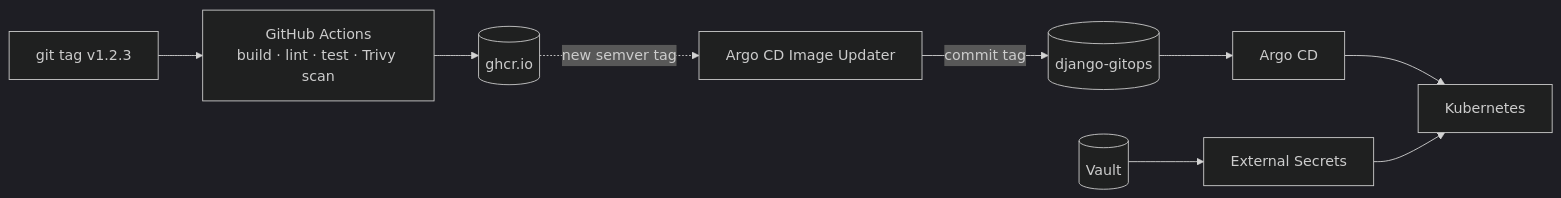
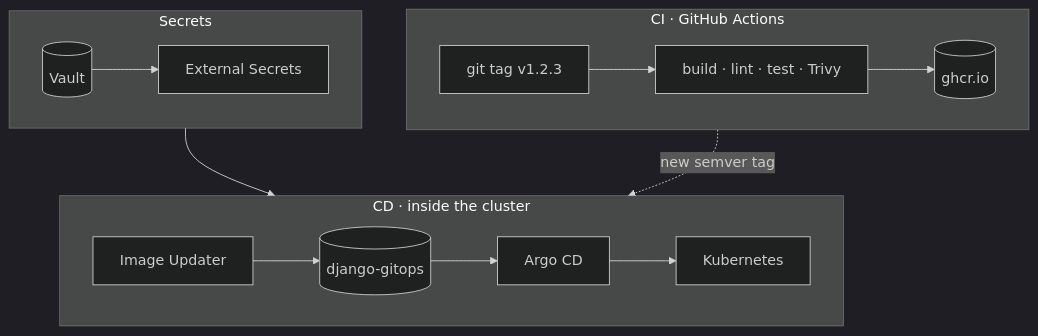
Before and after one commit to filooww/filooww: the diagram in README.md, drawn with Mermaid (dark theme).

Commit message:
Make pipeline diagram readable

````diff
--- a/README.md
+++ b/README.md
@@ -30,9 +30,17 @@
 ```mermaid
-flowchart LR
-  tag[git tag v1.2.3] --> ci[GitHub Actions<br/>build · lint · test · Trivy scan]
-  ci --> ghcr[(ghcr.io)]
-  ghcr -. new semver tag .-> iu[Argo CD Image Updater]
-  iu -- commit tag --> git[(django-gitops)]
-  git --> argo[Argo CD] --> k8s[Kubernetes]
-  vault[(Vault)] --> eso[External Secrets] --> k8s
+flowchart TB
+  subgraph CI["CI · GitHub Actions"]
+    direction LR
+    tag[git tag v1.2.3] --> build[build · lint · test · Trivy] --> ghcr[(ghcr.io)]
+  end
+  subgraph CD["CD · inside the cluster"]
+    direction LR
+    iu[Image Updater] --> repo[(django-gitops)] --> argo[Argo CD] --> k8s[Kubernetes]
+  end
+  subgraph SEC["Secrets"]
+    direction LR
+    vault[(Vault)] --> eso[External Secrets]
+  end
+  ghcr -. new semver tag .-> iu
+  eso --> k8s
 ```
````
